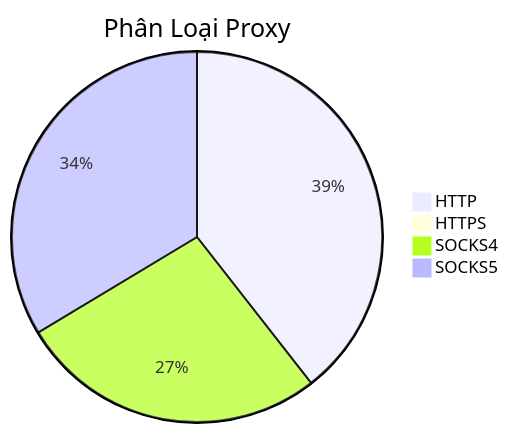
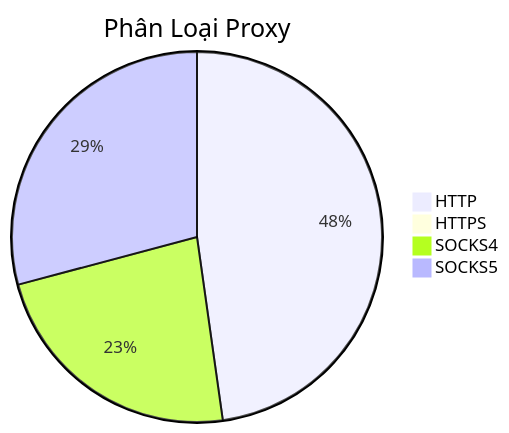
One commit to Ciara-12/PROXY-free changed the diagram in README.md. Above: the diagram before and after it, drawn with Mermaid. The commit also changed other lines of this file and 4 other files, not shown here.

````diff
--- a/README.md
+++ b/README.md
@@ -26,7 +26,7 @@
 ```mermaid
 pie title Phân Loại Proxy
-    "HTTP" : 366
-    "HTTPS" : 2
-    "SOCKS4" : 250
-    "SOCKS5" : 312
+    "HTTP" : 536
+    "HTTPS" : 4
+    "SOCKS4" : 259
+    "SOCKS5" : 327
 ```
````
